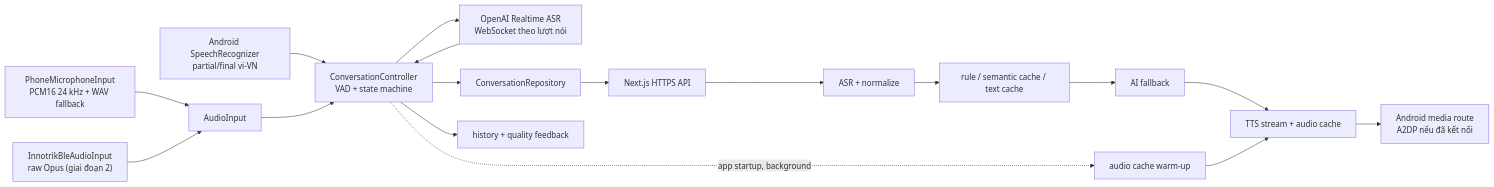
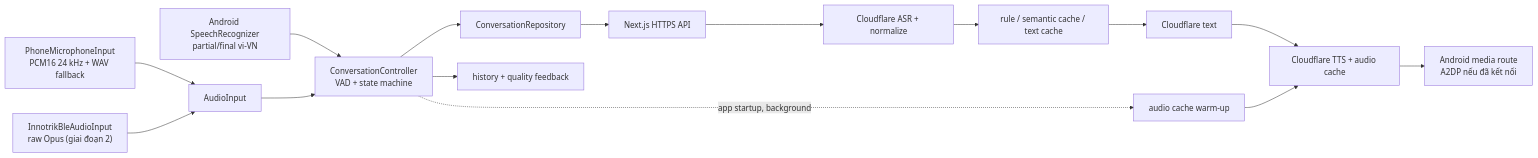
Before and after one commit to kgiahuy0412/speaking-ai-flutter: the first of 2 diagrams in docs/architecture.md, drawn with Mermaid. The commit also changed other lines of this file and 9 other files, not shown here.

````diff
--- a/docs/architecture.md
+++ b/docs/architecture.md
@@ -9,19 +9,17 @@
 ```mermaid
 flowchart LR
     P["PhoneMicrophoneInput\nPCM16 24 kHz + WAV fallback"] --> A["AudioInput"]
     S["Android SpeechRecognizer\npartial/final vi-VN"] --> C
     B["InnotrikBleAudioInput\nraw Opus (giai đoạn 2)"] --> A
     A --> C["ConversationController\nVAD + state machine"]
-    C --> RT["OpenAI Realtime ASR\nWebSocket theo lượt nói"]
-    RT --> C
     C --> R["ConversationRepository"]
     R --> N["Next.js HTTPS API"]
-    N --> ASR["ASR + normalize"]
+    N --> ASR["Cloudflare ASR + normalize"]
     ASR --> RULE["rule / semantic cache / text cache"]
-    RULE --> AI["AI fallback"]
-    AI --> TTS["TTS stream + audio cache"]
+    RULE --> AI["Cloudflare text"]
+    AI --> TTS["Cloudflare TTS + audio cache"]
     TTS --> PLAY["Android media route\nA2DP nếu đã kết nối"]
     C -. "app startup, background" .-> W["audio cache warm-up"]
     W --> TTS
     C --> H["history + quality feedback"]
 ```
````
